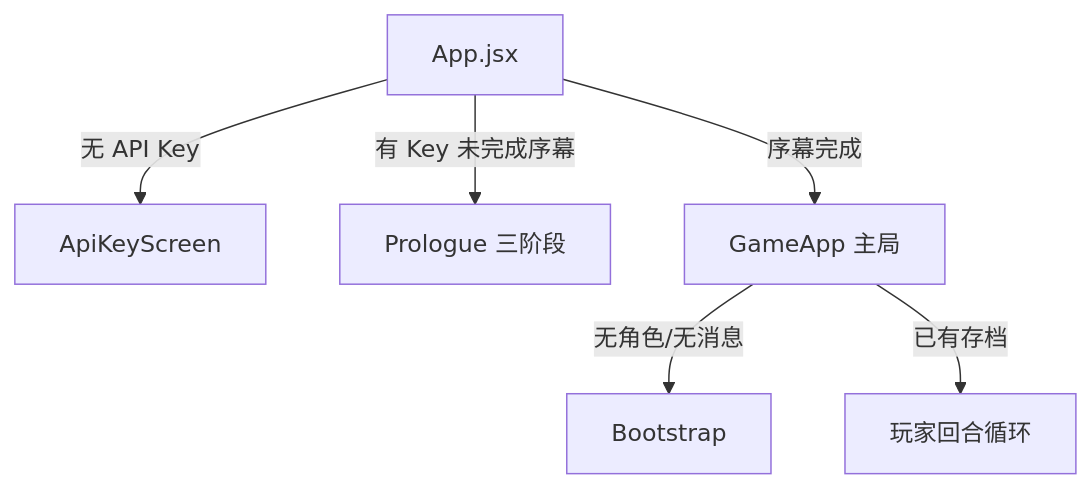
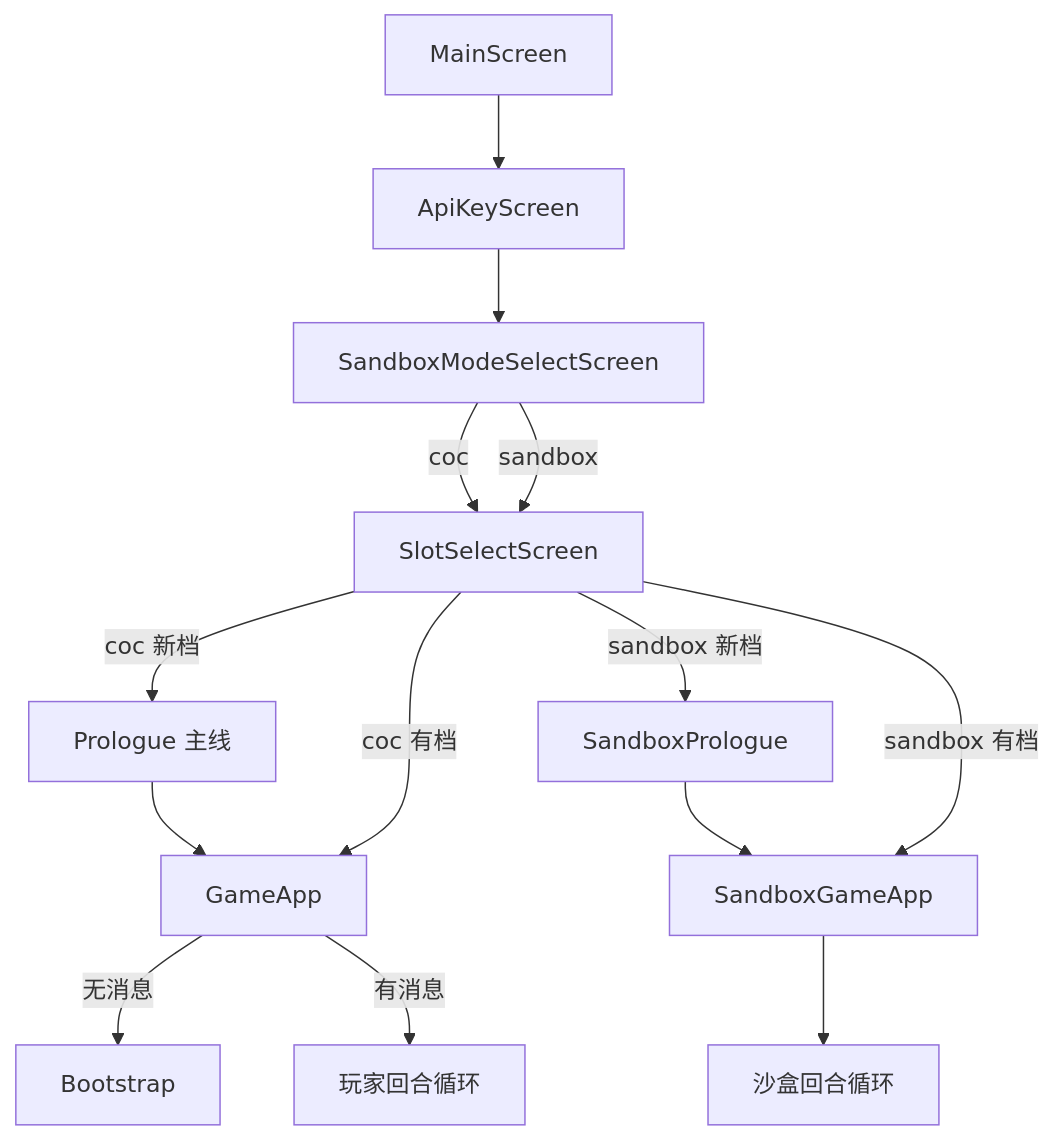
The first of 3 diagrams in AI_ONBOARDING.md (heyixigu/coc), drawn with Mermaid before and after one commit. The commit also changed other lines of this file and 2 other files, not shown here.

````diff
--- a/AI_ONBOARDING.md
+++ b/AI_ONBOARDING.md
@@ -25,12 +48,22 @@
 ```mermaid
 flowchart TD
-  App[App.jsx]
+  Main[MainScreen]
   Key[ApiKeyScreen]
-  Pro[Prologue 三阶段]
-  Game[GameApp 主局]
-  App -->|无 API Key| Key
-  App -->|有 Key 未完成序幕| Pro
-  App -->|序幕完成| Game
-  Game -->|无角色/无消息| Bootstrap
-  Game -->|已有存档| 玩家回合循环
+  Mode[SandboxModeSelectScreen]
+  Slot[SlotSelectScreen]
+  ProCoc[Prologue 主线]
+  ProSb[SandboxPrologue]
+  GameCoc[GameApp]
+  GameSb[SandboxGameApp]
+  Main --> Key
+  Key --> Mode
+  Mode -->|coc| Slot
+  Mode -->|sandbox| Slot
+  Slot -->|coc 新档| ProCoc --> GameCoc
+  Slot -->|coc 有档| GameCoc
+  Slot -->|sandbox 新档| ProSb --> GameSb
+  Slot -->|sandbox 有档| GameSb
+  GameCoc -->|无消息| Bootstrap
+  GameCoc -->|有消息| Loop[玩家回合循环]
+  GameSb --> LoopSb[沙盒回合循环]
 ```
````
